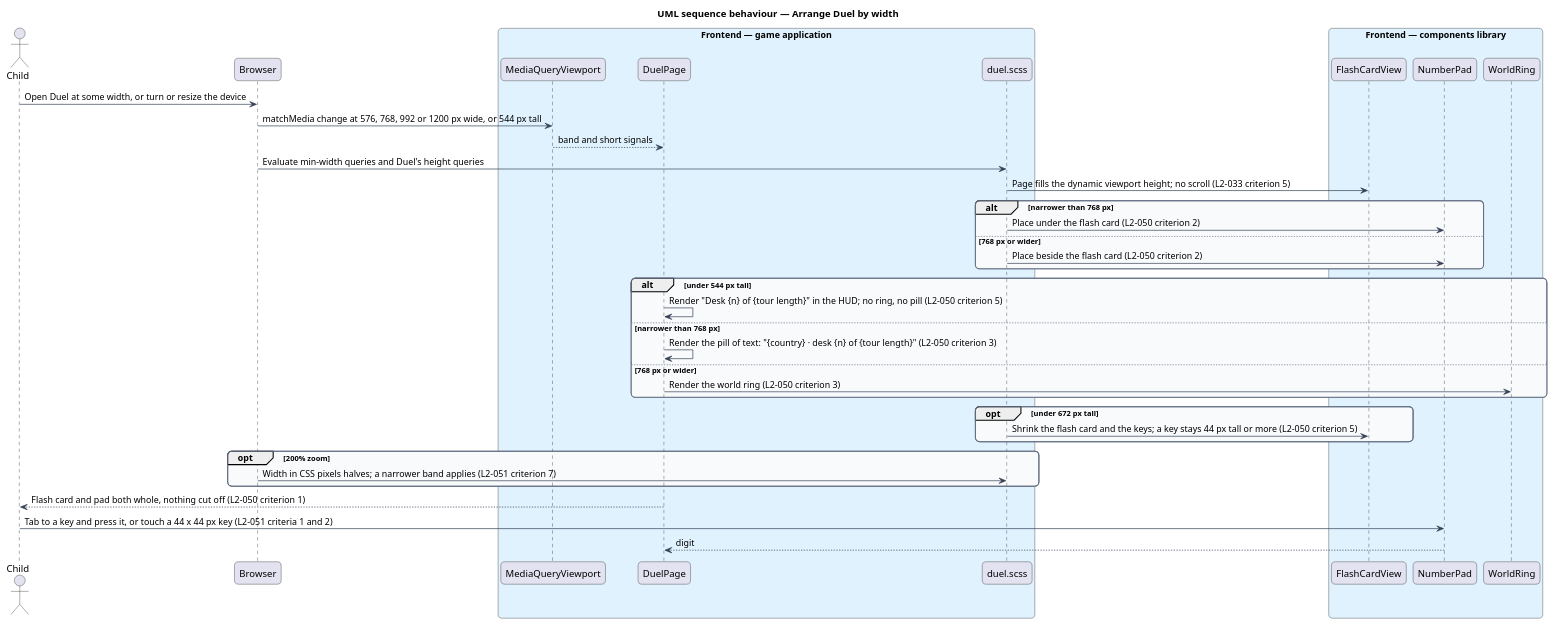
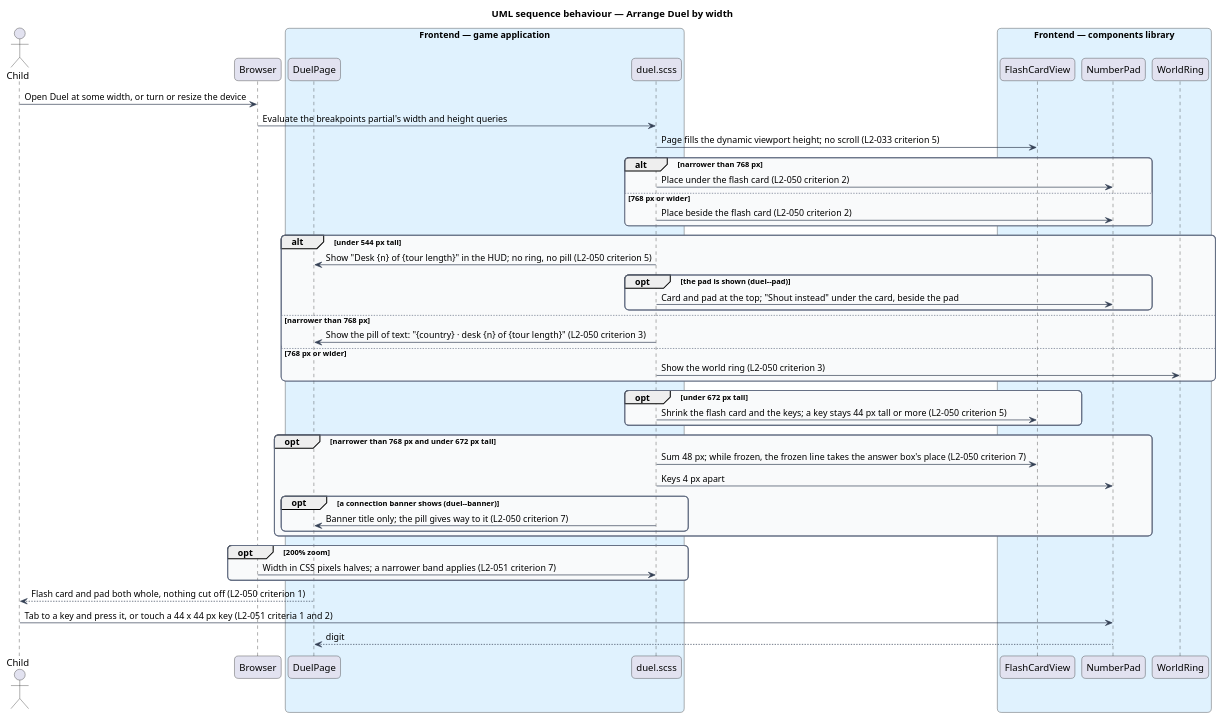
One commit to QuinntyneBrown/around-the-world changed the diagram in docs/detailed-designs/platform/show-every-screen-to-everyone/diagrams/sequence-arrange-duel-by-width.puml. Above: the diagram before and after it, drawn with PlantUML. The commit also changed 34 other files, not shown here.

```diff
--- a/docs/detailed-designs/platform/show-every-screen-to-everyone/diagrams/sequence-arrange-duel-by-width.puml
+++ b/docs/detailed-designs/platform/show-every-screen-to-everyone/diagrams/sequence-arrange-duel-by-width.puml
@@ -1,55 +1,62 @@
 @startuml
 title UML sequence behaviour — Arrange Duel by width
 skinparam backgroundColor #FFFFFF
 skinparam shadowing false
 skinparam roundcorner 12
 skinparam defaultFontName Arial
 skinparam ArrowColor #344054
 skinparam rectangle {
   BorderColor #344054
   FontColor #101828
 }
 skinparam package {
   BorderColor #667085
   FontColor #101828
   BackgroundColor #F9FAFB
 }
 actor "Child" as actor
 participant "Browser" as browser
 box "Frontend — game application" #E0F2FE
-  participant "MediaQueryViewport" as viewport
   participant "DuelPage" as duel
   participant "duel.scss" as css
 end box
 box "Frontend — components library" #E0F2FE
   participant "FlashCardView" as card
   participant "NumberPad" as pad
   participant "WorldRing" as ring
 end box
 actor -> browser : Open Duel at some width, or turn or resize the device
-browser -> viewport : matchMedia change at 576, 768, 992 or 1200 px wide, or 544 px tall
-viewport --> duel : band and short signals
-browser -> css : Evaluate min-width queries and Duel's height queries
+browser -> css : Evaluate the breakpoints partial's width and height queries
 css -> card : Page fills the dynamic viewport height; no scroll (L2-033 criterion 5)
 alt narrower than 768 px
   css -> pad : Place under the flash card (L2-050 criterion 2)
 else 768 px or wider
   css -> pad : Place beside the flash card (L2-050 criterion 2)
 end
 alt under 544 px tall
-  duel -> duel : Render "Desk {n} of {tour length}" in the HUD; no ring, no pill (L2-050 criterion 5)
+  css -> duel : Show "Desk {n} of {tour length}" in the HUD; no ring, no pill (L2-050 criterion 5)
+  opt the pad is shown (duel--pad)
+    css -> pad : Card and pad at the top; "Shout instead" under the card, beside the pad
+  end
 else narrower than 768 px
-  duel -> duel : Render the pill of text: "{country} · desk {n} of {tour length}" (L2-050 criterion 3)
+  css -> duel : Show the pill of text: "{country} · desk {n} of {tour length}" (L2-050 criterion 3)
 else 768 px or wider
-  duel -> ring : Render the world ring (L2-050 criterion 3)
+  css -> ring : Show the world ring (L2-050 criterion 3)
 end
 opt under 672 px tall
   css -> card : Shrink the flash card and the keys; a key stays 44 px tall or more (L2-050 criterion 5)
+end
+opt narrower than 768 px and under 672 px tall
+  css -> card : Sum 48 px; while frozen, the frozen line takes the answer box's place (L2-050 criterion 7)
+  css -> pad : Keys 4 px apart
+  opt a connection banner shows (duel--banner)
+    css -> duel : Banner title only; the pill gives way to it (L2-050 criterion 7)
+  end
 end
 opt 200% zoom
   browser -> css : Width in CSS pixels halves; a narrower band applies (L2-051 criterion 7)
 end
 duel --> actor : Flash card and pad both whole, nothing cut off (L2-050 criterion 1)
 actor -> pad : Tab to a key and press it, or touch a 44 x 44 px key (L2-051 criteria 1 and 2)
 pad --> duel : digit
 @enduml
```
